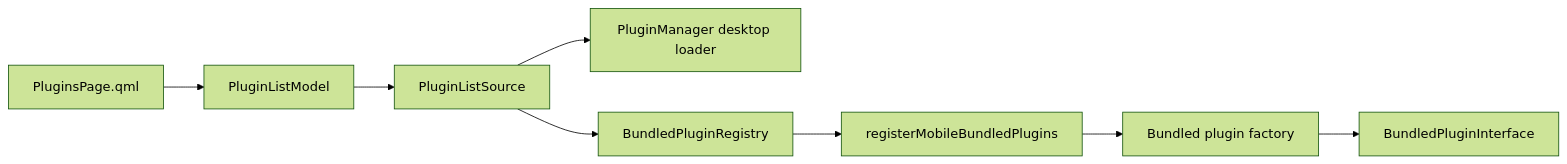
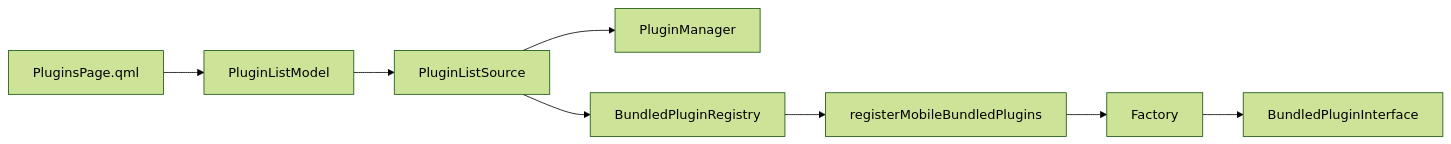
Before and after one commit to Ri0n/QtNote: the diagram in docs/mobile-plugin-loading.md, drawn with Mermaid (forest theme). The commit also changed other lines of this file and 87 other files, not shown here.

````diff
--- a/docs/mobile-plugin-loading.md
+++ b/docs/mobile-plugin-loading.md
@@ -17,10 +17,10 @@
 ```mermaid
 flowchart LR
     QML[PluginsPage.qml] --> MODEL[PluginListModel]
     MODEL --> SOURCE[PluginListSource]
-    SOURCE --> DESKTOP[PluginManager desktop loader]
+    SOURCE --> DESKTOP[PluginManager]
     SOURCE --> MOBILE[BundledPluginRegistry]
     MOBILE --> TABLE[registerMobileBundledPlugins]
-    TABLE --> FACTORY[Bundled plugin factory]
+    TABLE --> FACTORY[Factory]
     FACTORY --> RUNTIME[BundledPluginInterface]
 ```
````
